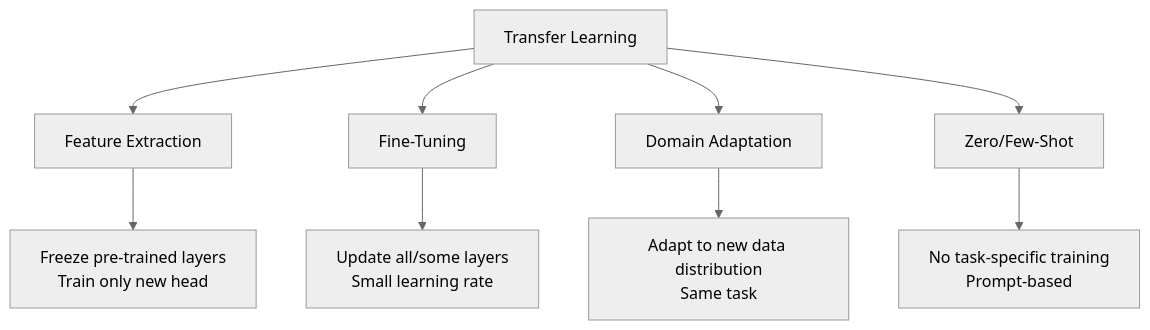
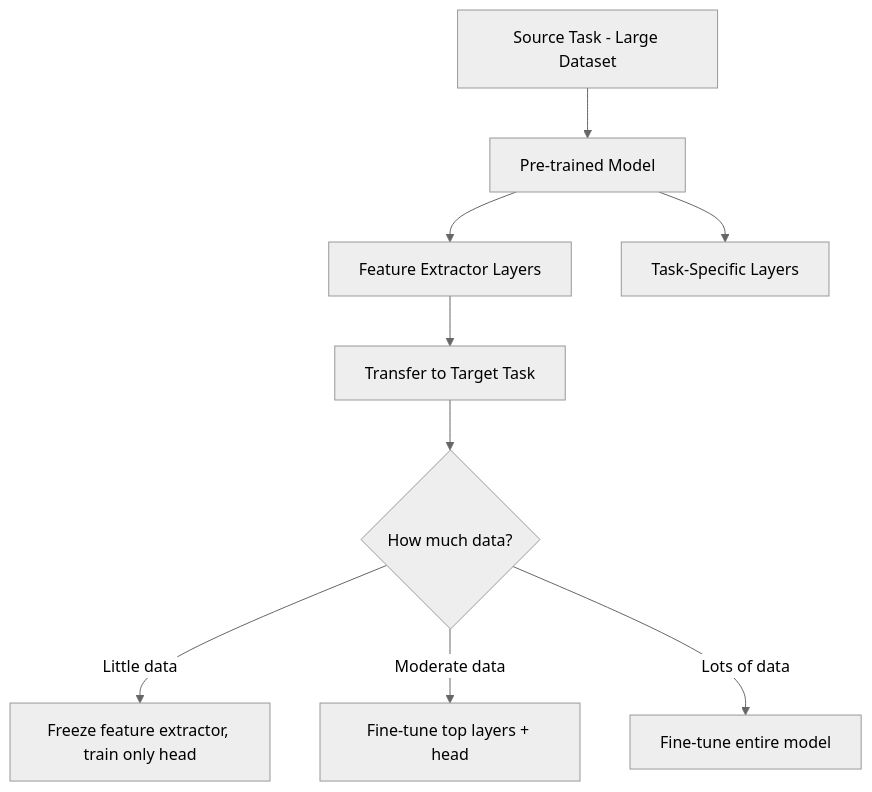
One commit to vanos001/placement_prep changed the first of 5 diagrams in src/ml/deep-learning/transfer-learning.md. Above: the diagram before and after it, drawn with Mermaid (neutral theme). The commit also changed other lines of this file and 13 other files, not shown here.

````diff
--- a/src/ml/deep-learning/transfer-learning.md
+++ b/src/ml/deep-learning/transfer-learning.md
@@ -24,13 +18,11 @@
 ```mermaid
 graph TD
-    TL[Transfer Learning]
-    TL --> FEATURE[Feature Extraction]
-    TL --> FINETUNE[Fine-Tuning]
-    TL --> DOMAIN[Domain Adaptation]
-    TL --> ZERO[Zero/Few-Shot]
-    
-    FEATURE --> F1["Freeze pre-trained layers<br/>Train only new head"]
-    FINETUNE --> FT1["Update all/some layers<br/>Small learning rate"]
-    DOMAIN --> DA1["Adapt to new data distribution<br/>Same task"]
-    ZERO --> ZF1["No task-specific training<br/>Prompt-based"]
+    A[Source Task - Large Dataset] --> B[Pre-trained Model]
+    B --> C[Feature Extractor Layers]
+    B --> D[Task-Specific Layers]
+    C --> E[Transfer to Target Task]
+    E --> F{How much data?}
+    F -->|Little data| G[Freeze feature extractor, train only head]
+    F -->|Moderate data| H[Fine-tune top layers + head]
+    F -->|Lots of data| I[Fine-tune entire model]
 ```
````
